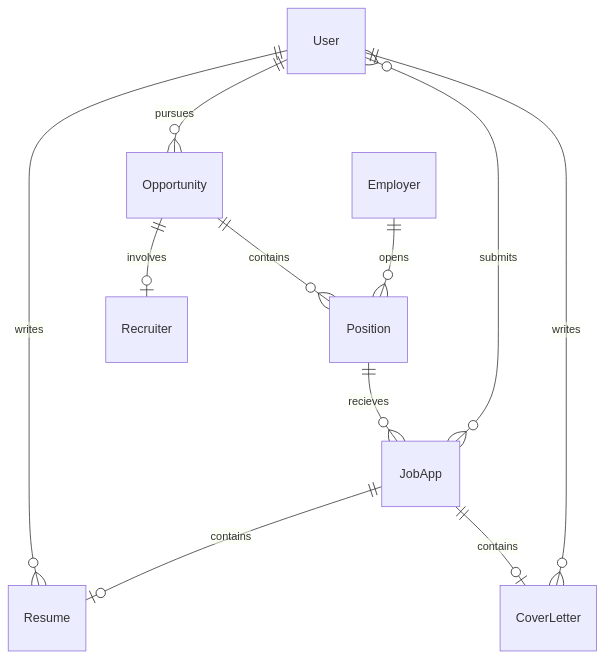
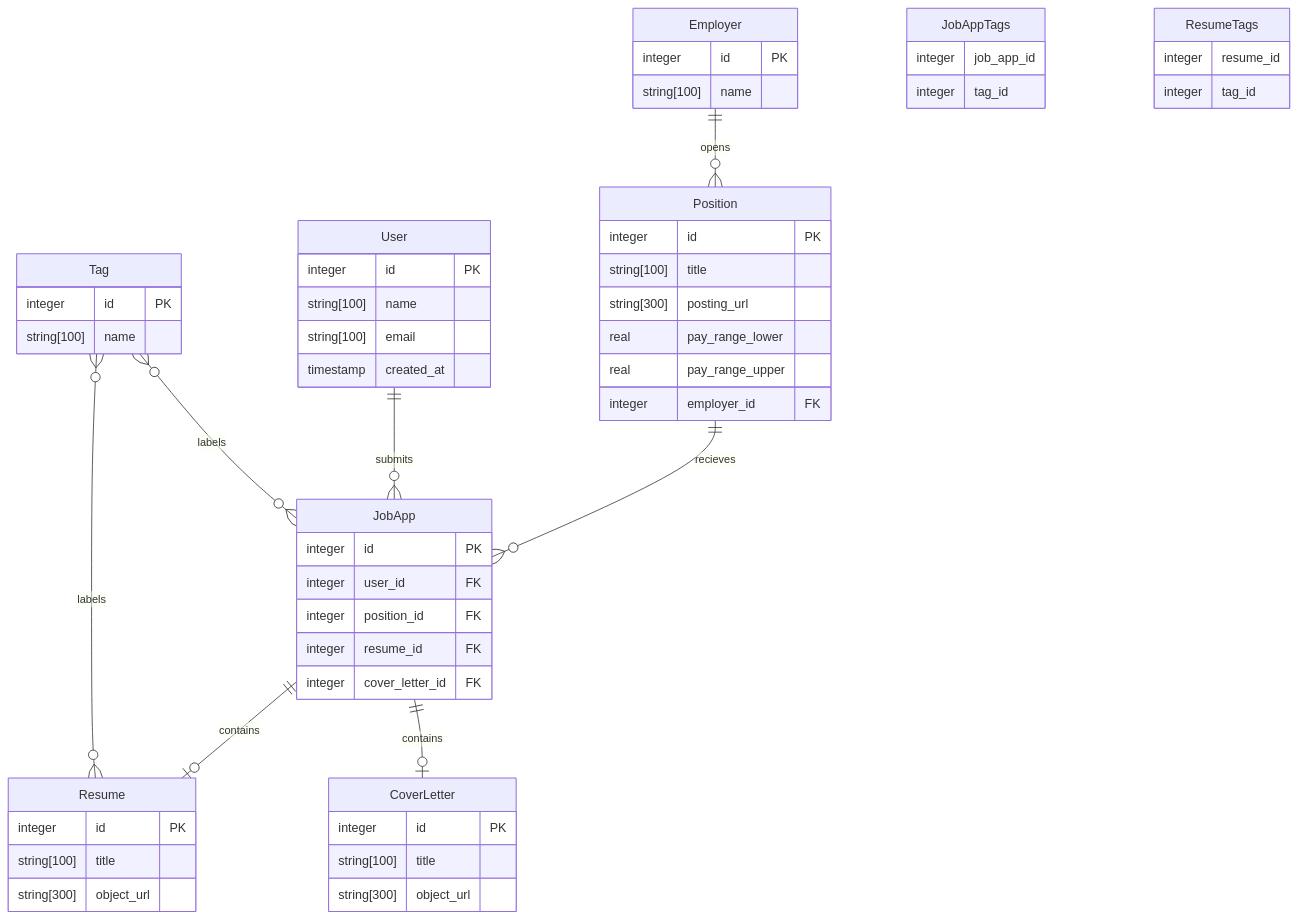
One commit to career-ops/ermtool-docs changed the diagram in docs/schemas/database.md. Above: the diagram before and after it, drawn with Mermaid.

Commit message:
re-focus diagram and add table columns

````diff
--- a/docs/schemas/database.md
+++ b/docs/schemas/database.md
@@ -7,13 +7,59 @@
 ```mermaid
 erDiagram
-    User        || -- o{ Opportunity : pursues
-    User        || -- o{ Resume      : writes
-    Opportunity || -- o{ Position    : contains
+    User {
+        integer id PK
+        string[100] name
+        string[100] email
+        timestamp created_at
+    }
+    Employer {
+        integer id PK
+        string[100] name
+    }
+    Position {
+        integer id PK
+        string[100] title
+        string[300] posting_url
+        real pay_range_lower
+        real pay_range_upper
+        integer employer_id FK
+    }
+    JobApp {
+        integer id PK
+        integer user_id FK
+        integer position_id FK
+        integer resume_id FK
+        integer cover_letter_id FK
+    }
+    Resume {
+        integer id PK
+        string[100] title
+        string[300] object_url
+    }
+    CoverLetter {
+        integer id PK
+        string[100] title
+        string[300] object_url
+    }
+    Tag {
+        integer id PK
+        string[100] name
+    }
+    JobAppTags {
+        integer job_app_id
+        integer tag_id
+    }
+    ResumeTags {
+        integer resume_id
+        integer tag_id
+    }
+
     Employer    || -- o{ Position    : opens
-    Opportunity || -- o| Recruiter   : involves
     Position    || -- o{ JobApp      : recieves
+    User        || -- o{ JobApp      : submits
     JobApp      || -- o| Resume      : contains
     JobApp      || -- o| CoverLetter : contains
-    User        }o -- o{ JobApp      : submits
-    User        || -- o{ CoverLetter : writes
+
+    Tag         }o -- o{ JobApp      : labels
+    Tag         }o -- o{ Resume      : labels
 ```
````
